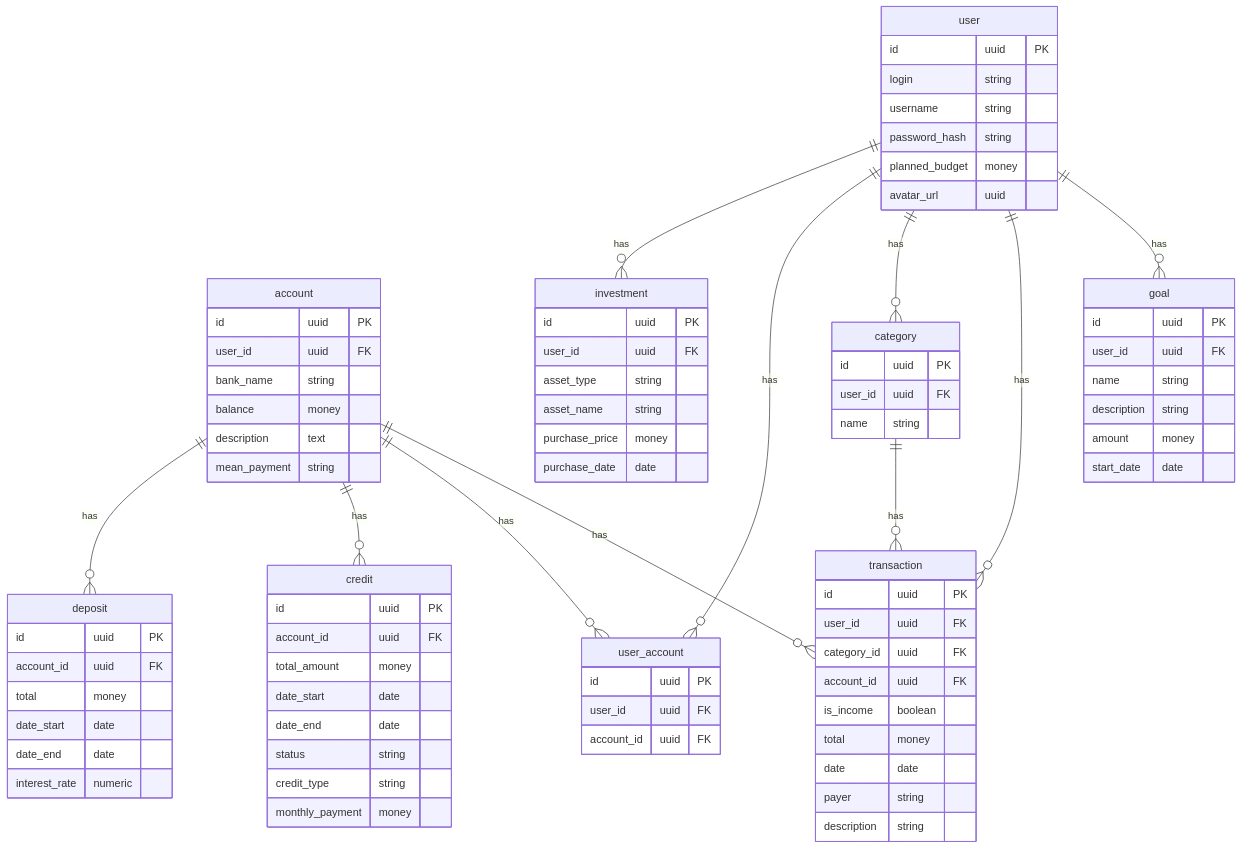
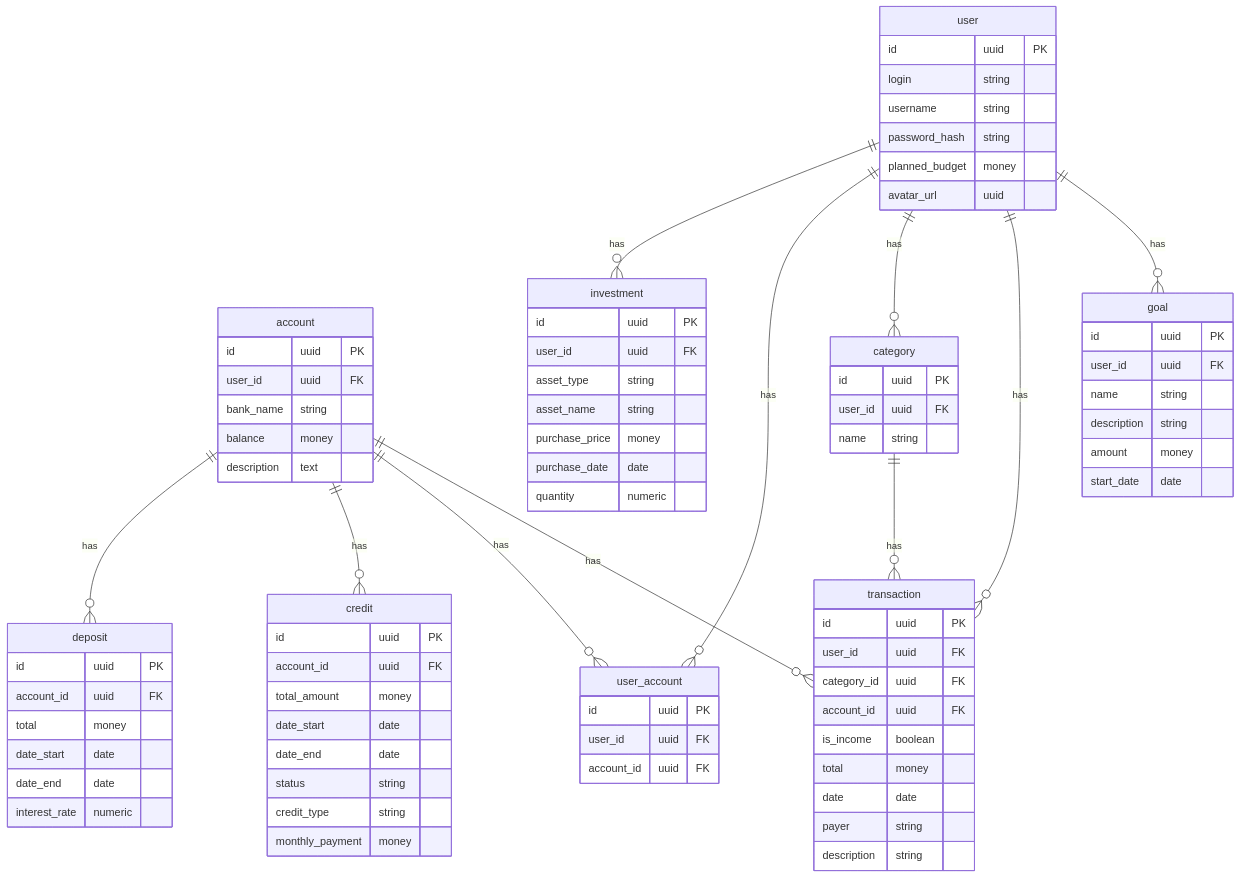
Before and after one commit to go-park-mail-ru/2023_2_Hamster: the diagram in db/normalized/relations.md, drawn with Mermaid. The commit also changed other lines of this file and 2 other files, not shown here.

```diff
--- a/db/normalized/relations.md
+++ b/db/normalized/relations.md
@@ -51,7 +51,6 @@
         bank_name    string
         balance      money
         description  text
-        mean_payment string
     }
     
     category {
@@ -93,11 +92,13 @@
         asset_name string
         purchase_price money 
         purchase_date date
+        quantity numeric
     }
 
     credit {
         id              uuid  PK
-        account_id      uuid  FK        total_amount    money
+        account_id      uuid  FK        
+        total_amount    money
         date_start      date
         date_end        date
         status          string
```
